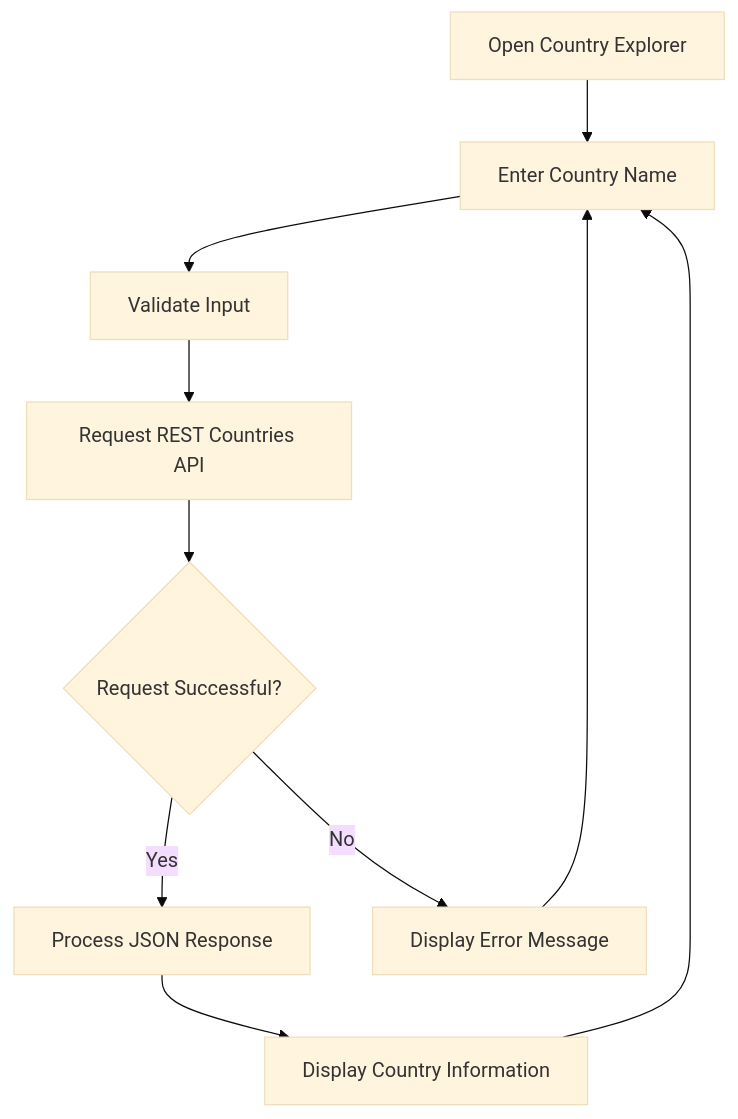
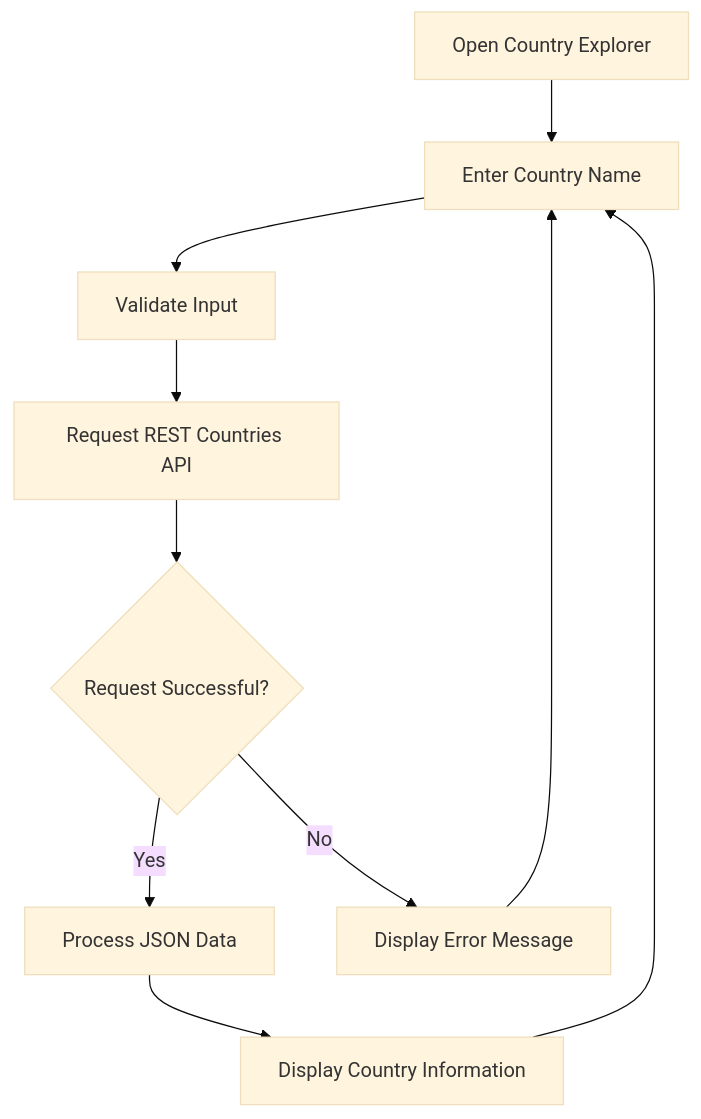
The diagram in README.md (YashGunjal9/Country-Explorer), drawn with Mermaid (base theme) before and after one commit. The commit also changed other lines of this file, not shown here.

````diff
--- a/README.md
+++ b/README.md
@@ -259,12 +72,12 @@
 ```mermaid
 flowchart TD
     A["Open Country Explorer"] --> B["Enter Country Name"]
     B --> C["Validate Input"]
     C --> D["Request REST Countries API"]
     D --> E{"Request Successful?"}
-    E -->|Yes| F["Process JSON Response"]
+    E -->|Yes| F["Process JSON Data"]
     F --> G["Display Country Information"]
     E -->|No| H["Display Error Message"]
     G --> B
     H --> B
 ```
````
